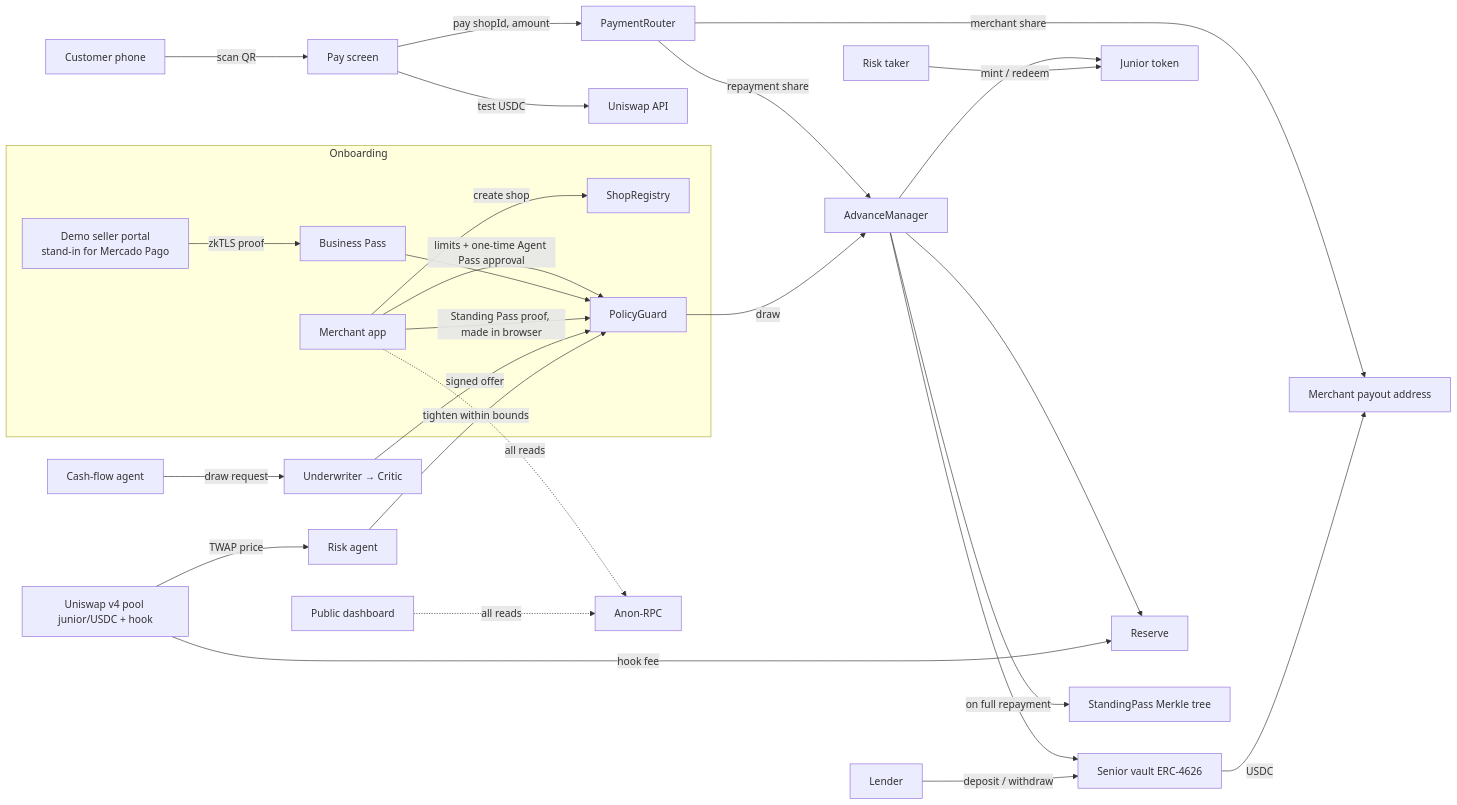
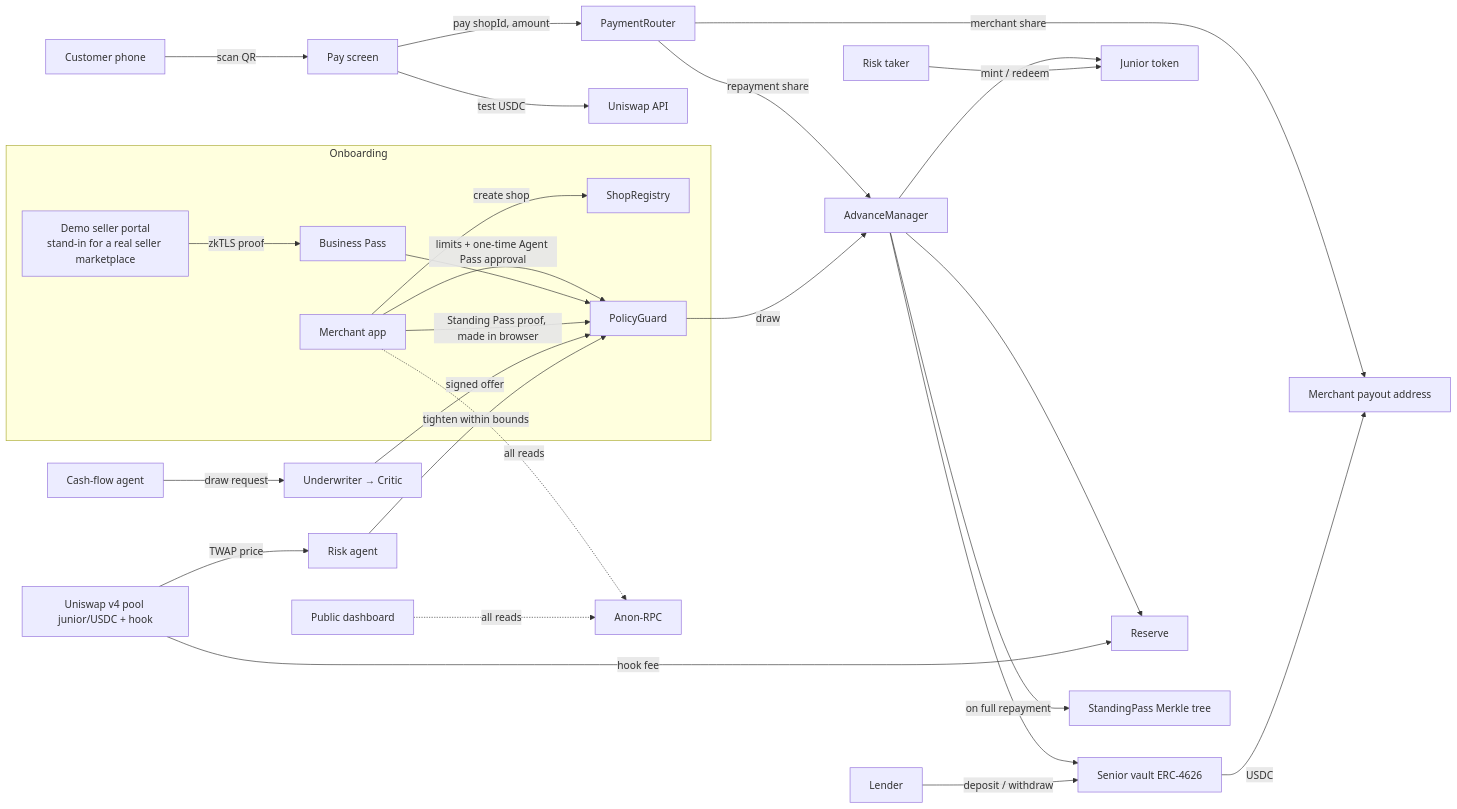
One commit to e-l-l/ETHGlobal-main-2026 changed the first of 3 diagrams in anay-docs/architecture.md. Above: the diagram before and after it, drawn with Mermaid. The commit also changed other lines of this file and 74 other files, not shown here.

````diff
--- a/anay-docs/architecture.md
+++ b/anay-docs/architecture.md
@@ -5,34 +5,34 @@
 ```mermaid
 flowchart LR
   subgraph Onboarding
-    SPRT[Demo seller portal<br/>stand-in for Mercado Pago] -->|zkTLS proof| BP[Business Pass]
+    SPRT[Demo seller portal<br/>stand-in for a real seller marketplace] -->|zkTLS proof| BP[Business Pass]
     M[Merchant app] -->|create shop| SR[ShopRegistry]
     M -->|limits + one-time Agent Pass approval| PG
   end
 
   C[Customer phone] -->|scan QR| CO[Pay screen]
   CO -->|test USDC| UAPI[Uniswap API]
   CO -->|pay shopId, amount| PR[PaymentRouter]
   PR -->|merchant share| MW[Merchant payout address]
   PR -->|repayment share| AM[AdvanceManager]
   AM --> SV[Senior vault ERC-4626]
   AM --> JT[Junior token]
   AM --> RS[Reserve]
   AM -->|on full repayment| SP[StandingPass Merkle tree]
 
   BP --> PG[PolicyGuard]
   M -->|Standing Pass proof, made in browser| PG
   CFA[Cash-flow agent] -->|draw request| UW[Underwriter → Critic]
   UW -->|signed offer| PG
   PG -->|draw| AM
   SV -->|USDC| MW
 
   L[Lender] -->|deposit / withdraw| SV
   RT[Risk taker] -->|mint / redeem| JT
   POOL[Uniswap v4 pool junior/USDC + hook] -->|hook fee| RS
   POOL -->|TWAP price| RA[Risk agent]
   RA -->|tighten within bounds| PG
 
   M -. all reads .-> ARPC[Anon-RPC]
   PD[Public dashboard] -. all reads .-> ARPC
 ```
````
